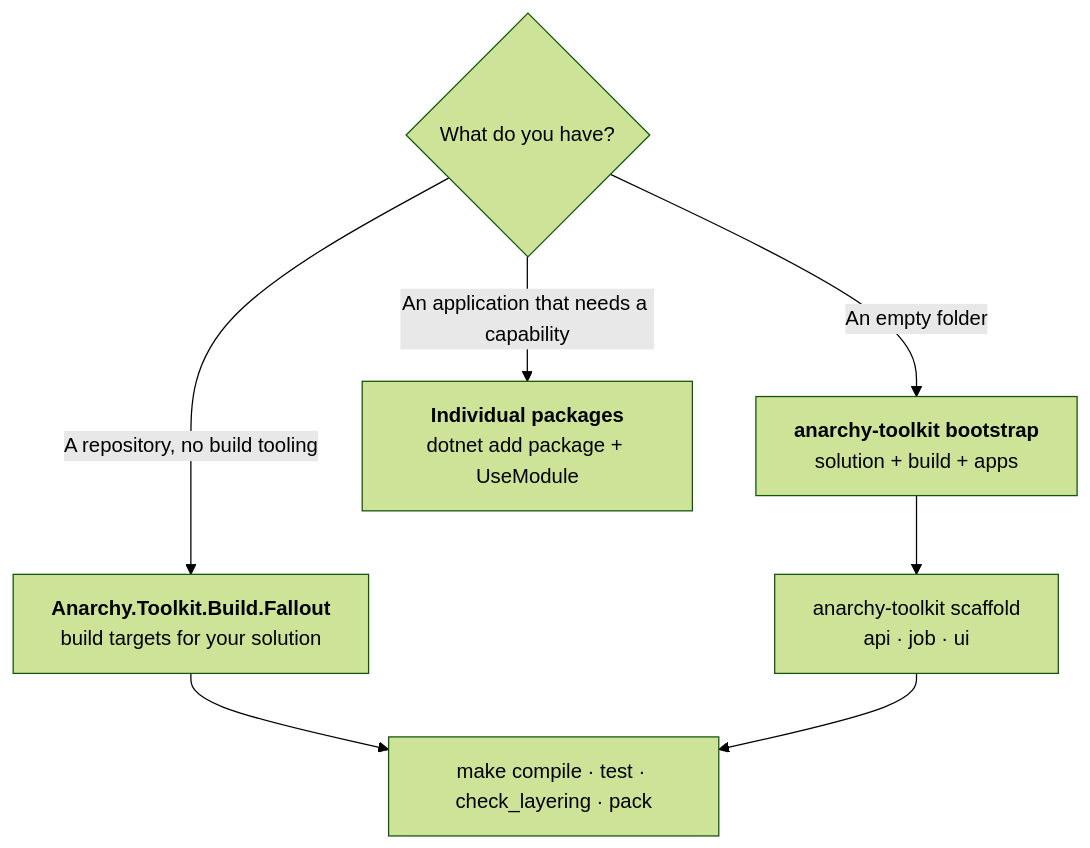
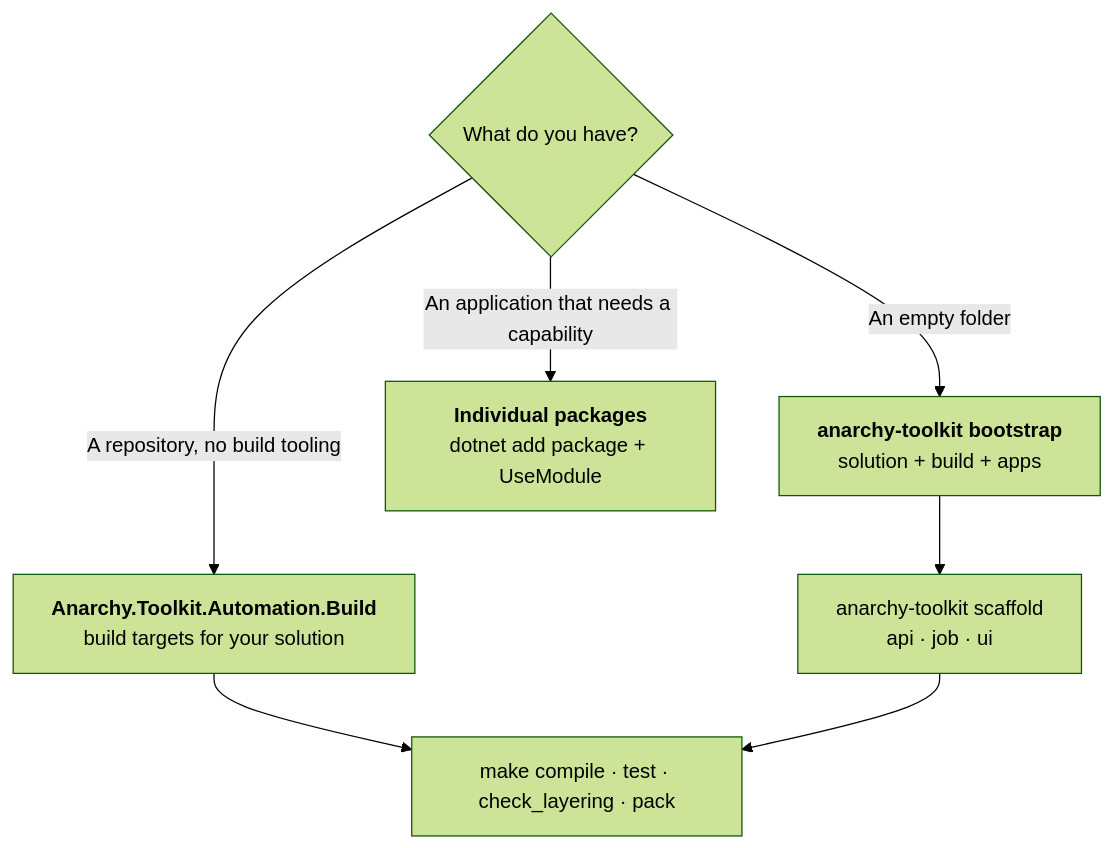
Before and after one commit to anarchy-io/anarchy-toolkit: the diagram in docs/getting-started/README.md, drawn with Mermaid (forest theme). The commit also changed 559 other files, not shown here.

````diff
--- a/docs/getting-started/README.md
+++ b/docs/getting-started/README.md
@@ -7,10 +7,10 @@
 ```mermaid
 flowchart TD
     Start{"What do you have?"}
     Start -->|"An empty folder"| CLI["<b>anarchy-toolkit bootstrap</b><br/>solution + build + apps"]
-    Start -->|"A repository, no build tooling"| Fallout["<b>Anarchy.Toolkit.Build.Fallout</b><br/>build targets for your solution"]
+    Start -->|"A repository, no build tooling"| Fallout["<b>Anarchy.Toolkit.Automation.Build</b><br/>build targets for your solution"]
     Start -->|"An application that needs a capability"| Packages["<b>Individual packages</b><br/>dotnet add package + UseModule"]
     CLI --> Scaffold["anarchy-toolkit scaffold<br/>api · job · ui"]
     Fallout --> Make["make compile · test · check_layering · pack"]
     Scaffold --> Make
 ```
````
